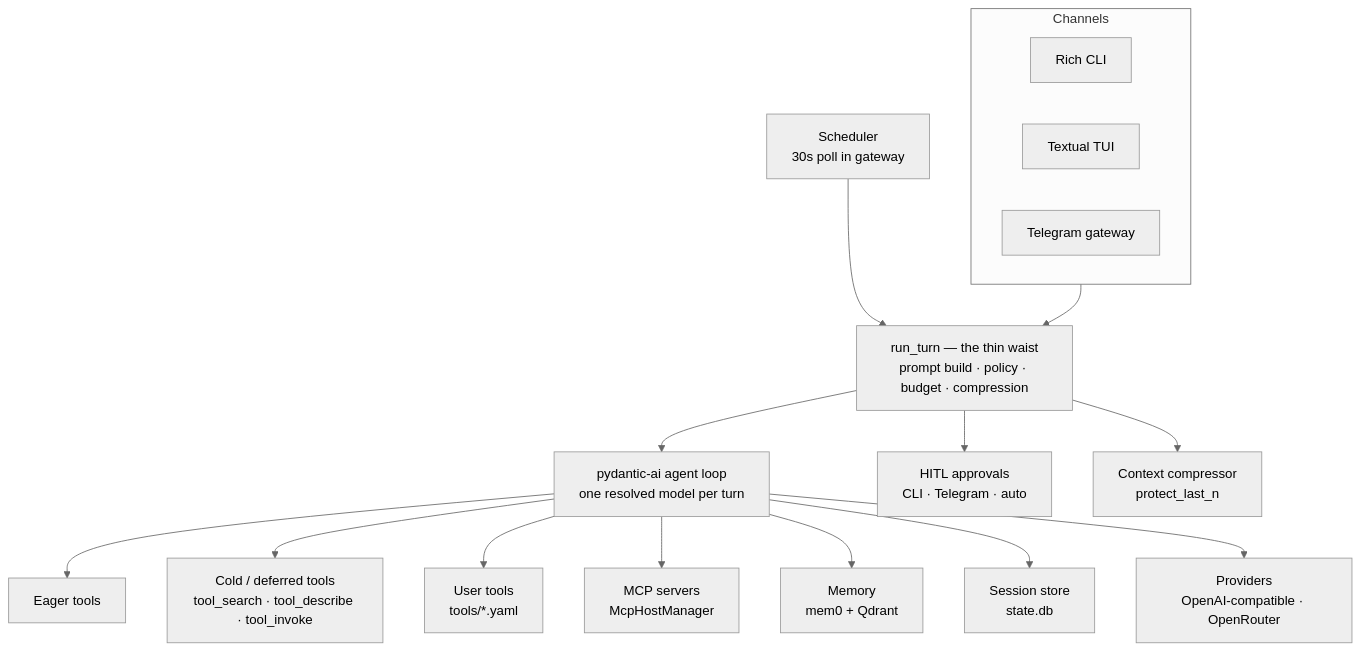
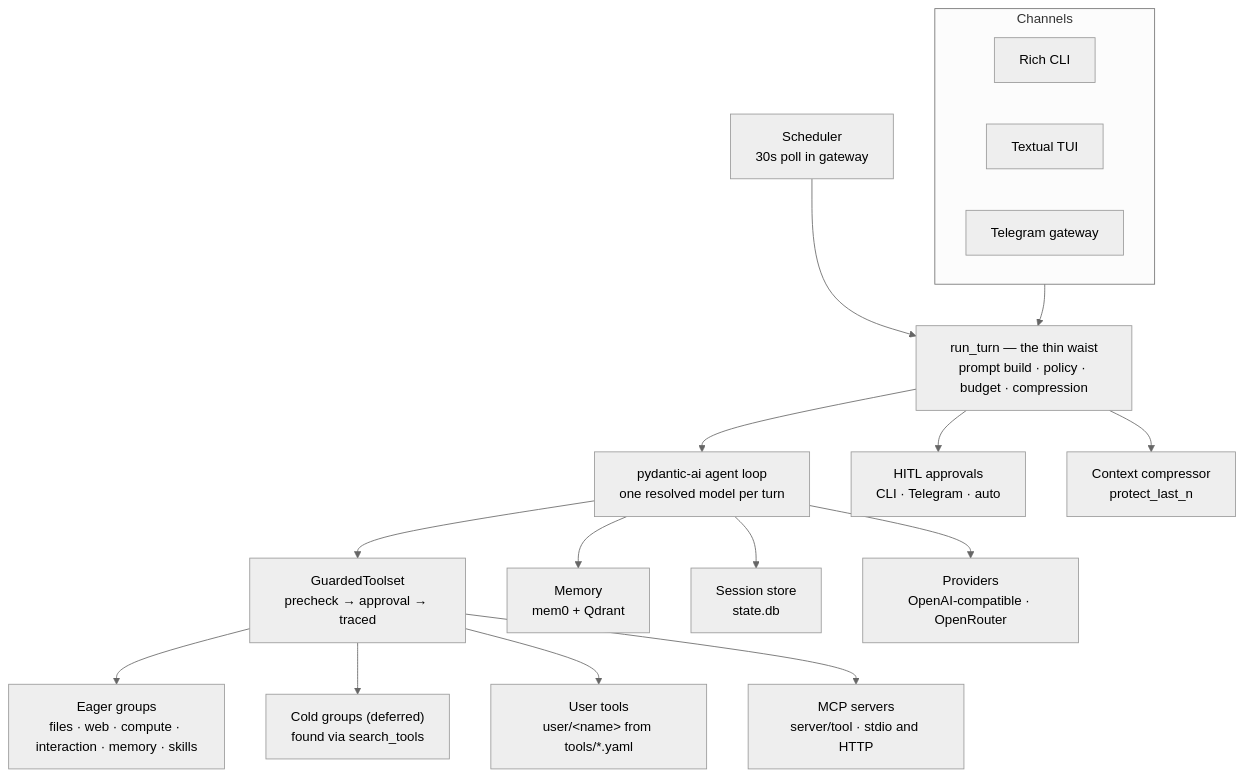
One commit to kakalition/lattice changed the diagram in README.md. Above: the diagram before and after it, drawn with Mermaid (neutral theme). The commit also changed other lines of this file, not shown here.

First line of the commit message:
Document grouped tools and the unified MCP-shape in the README

````diff
--- a/README.md
+++ b/README.md
@@ -149,26 +159,27 @@
 ```mermaid
 flowchart TD
     subgraph channels[Channels]
         CLI["Rich CLI"]
         TUI["Textual TUI"]
         TG["Telegram gateway"]
     end
 
     channels --> WAIST
 
     WAIST["run_turn — the thin waist<br/>prompt build · policy · budget · compression"]
     WAIST --> AGENT["pydantic-ai agent loop<br/>one resolved model per turn"]
 
-    AGENT --> EAGER["Eager tools"]
-    AGENT --> COLD["Cold / deferred tools<br/>tool_search · tool_describe · tool_invoke"]
-    AGENT --> USER["User tools<br/>tools/*.yaml"]
-    AGENT --> MCP["MCP servers<br/>McpHostManager"]
+    AGENT --> GUARD["GuardedToolset<br/>precheck → approval → traced"]
+    GUARD --> EAGER["Eager groups<br/>files · web · compute · interaction · memory · skills"]
+    GUARD --> COLD["Cold groups (deferred)<br/>found via search_tools"]
+    GUARD --> USER["User tools<br/>user/&lt;name&gt; from tools/*.yaml"]
+    GUARD --> MCP["MCP servers<br/>server/tool · stdio and HTTP"]
 
     WAIST --> HITL["HITL approvals<br/>CLI · Telegram · auto"]
     WAIST --> CTX["Context compressor<br/>protect_last_n"]
 
     AGENT --> MEM["Memory<br/>mem0 + Qdrant"]
     AGENT --> STATE["Session store<br/>state.db"]
     AGENT --> PROV["Providers<br/>OpenAI-compatible · OpenRouter"]
     SCHED["Scheduler<br/>30s poll in gateway"] --> WAIST
 ```
````
